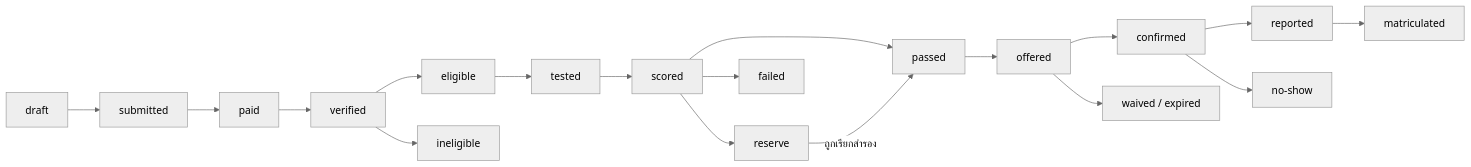
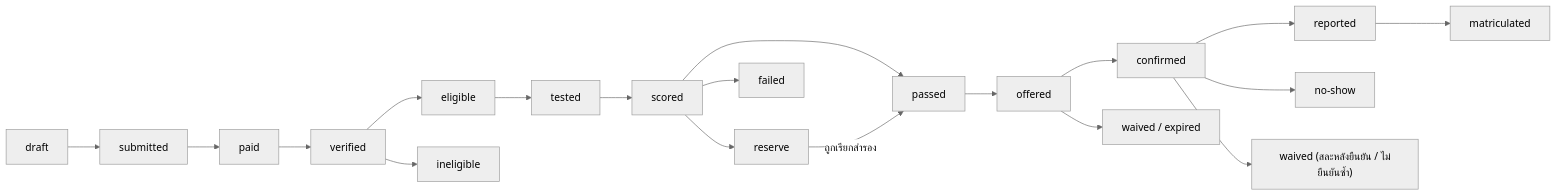
One commit to Ruttanachote/Ai changed the third of 4 diagrams in tnsu-system/docs/02-student-journey.md. Above: the diagram before and after it, drawn with Mermaid (neutral theme). The commit also changed other lines of this file and 10 other files, not shown here.

````diff
--- a/tnsu-system/docs/02-student-journey.md
+++ b/tnsu-system/docs/02-student-journey.md
@@ -160,16 +160,17 @@
 ```mermaid
 flowchart LR
   S1["draft"] --> S2["submitted"] --> S3["paid"] --> S4["verified"]
   S4 --> S5["eligible"] --> S6["tested"] --> S7["scored"]
   S4 --> X1["ineligible"]
   S7 --> S8["passed"]
   S7 --> S9["reserve"]
   S7 --> X2["failed"]
   S9 -->|"ถูกเรียกสำรอง"| S8
   S8 --> S10["offered"]
   S10 --> S11["confirmed"]
   S10 --> X3["waived / expired"]
   S11 --> S12["reported"]
   S11 --> X4["no-show"]
+  S11 --> X5["waived (สละหลังยืนยัน / ไม่ยืนยันซ้ำ)"]
   S12 --> S13["matriculated"]
 ```
````
